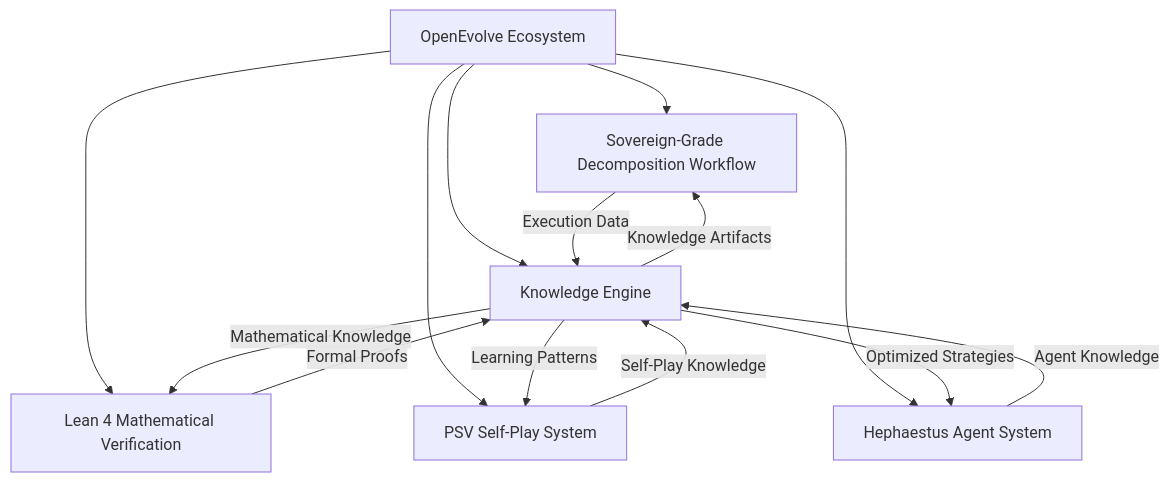
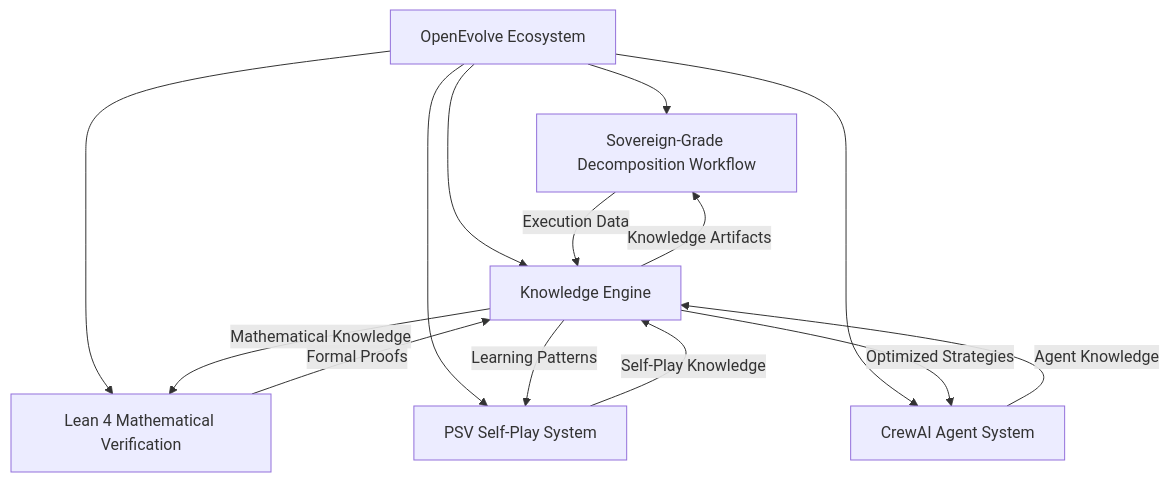
One commit to jazir555/OpenEvolveFrontend changed the first of 33 diagrams in docs/knowledge_engine/KNOWLEDGE_ENGINE_INTEGRATION_GUIDE.md. Above: the diagram before and after it, drawn with Mermaid. The commit also changed other lines of this file and 631 other files, not shown here.

````diff
--- a/docs/knowledge_engine/KNOWLEDGE_ENGINE_INTEGRATION_GUIDE.md
+++ b/docs/knowledge_engine/KNOWLEDGE_ENGINE_INTEGRATION_GUIDE.md
@@ -44,18 +44,18 @@
 ```mermaid
 graph TD
     A[OpenEvolve Ecosystem] --> B[Sovereign-Grade Decomposition Workflow]
     A --> C[Lean 4 Mathematical Verification]
     A --> D[PSV Self-Play System]
-    A --> E[Hephaestus Agent System]
+    A --> E[CrewAI Agent System]
     A --> F[Knowledge Engine]
     
     B -->|Execution Data| F
     C -->|Formal Proofs| F
     D -->|Self-Play Knowledge| F
     E -->|Agent Knowledge| F
     
     F -->|Knowledge Artifacts| B
     F -->|Mathematical Knowledge| C
     F -->|Learning Patterns| D
     F -->|Optimized Strategies| E
 ```
````
